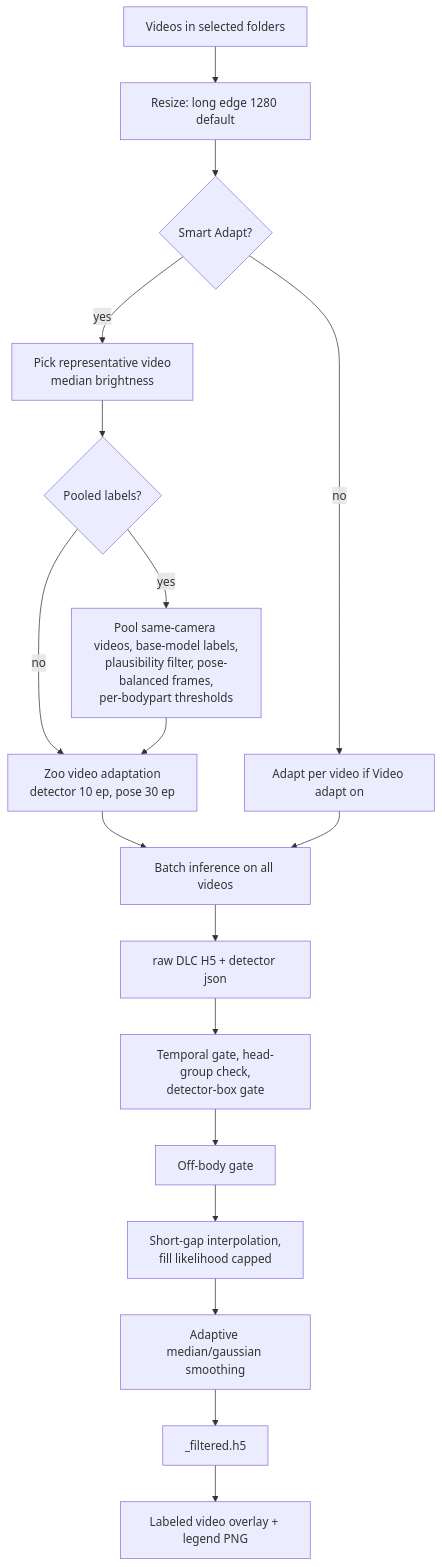
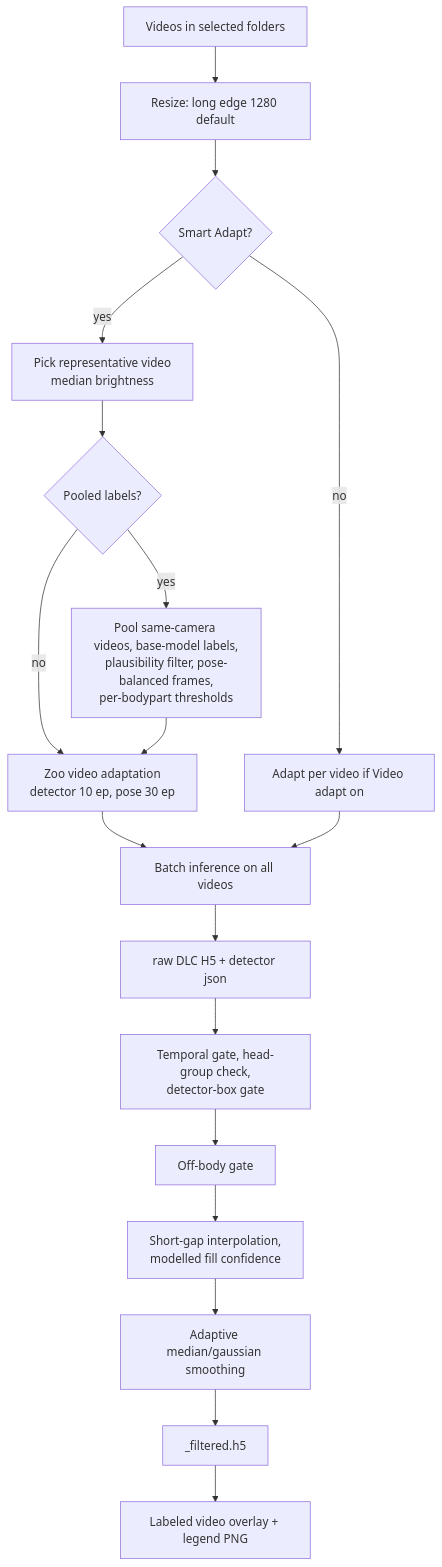
One commit to param-valiathan/CUBE changed the third of 10 diagrams in docs/CUBE_Guide.md. Above: the diagram before and after it, drawn with Mermaid. The commit also changed other lines of this file and 7 other files, not shown here.

````diff
--- a/docs/CUBE_Guide.md
+++ b/docs/CUBE_Guide.md
@@ -223,20 +223,20 @@
 ```mermaid
 flowchart TD
     V[Videos in selected folders] --> R[Resize: long edge 1280 default]
     R --> S{Smart Adapt?}
     S -- yes --> SA[Pick representative video<br/>median brightness]
     SA --> PO{Pooled labels?}
     PO -- yes --> PL[Pool same-camera videos, base-model labels,<br/>plausibility filter, pose-balanced frames,<br/>per-bodypart thresholds]
     PO -- no --> AD
     PL --> AD[Zoo video adaptation<br/>detector 10 ep, pose 30 ep]
     S -- no --> PV[Adapt per video if Video adapt on]
     AD --> INF[Batch inference on all videos]
     PV --> INF
     INF --> RAW[raw DLC H5 + detector json]
     RAW --> F0[Temporal gate, head-group check,<br/>detector-box gate]
     F0 --> F1[Off-body gate]
-    F1 --> F2[Short-gap interpolation,<br/>fill likelihood capped]
+    F1 --> F2[Short-gap interpolation,<br/>modelled fill confidence]
     F2 --> F3[Adaptive median/gaussian smoothing]
     F3 --> FH[_filtered.h5]
     FH --> OV[Labeled video overlay + legend PNG]
 ```
````
